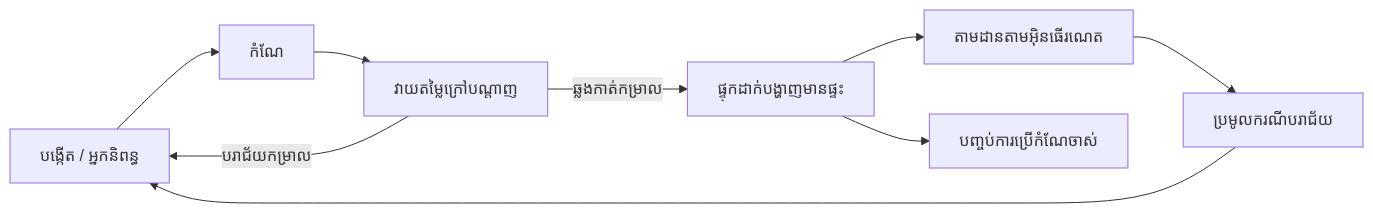
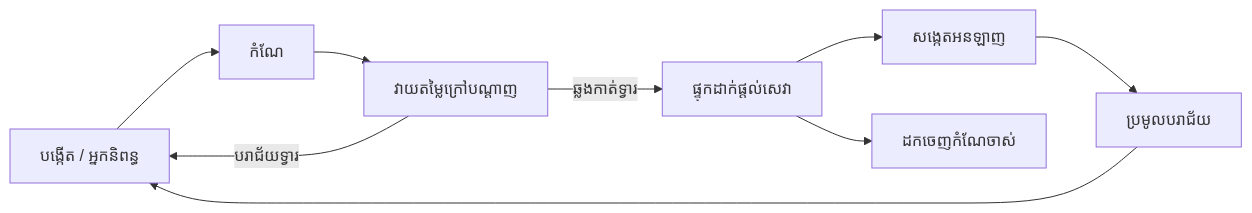
One commit to microsoft/ai-agents-for-beginners changed the second of 4 diagrams in translations/km/16-deploying-scalable-agents/README.md. Above: the diagram before and after it, drawn with Mermaid. The commit also changed other lines of this file and 14 other files, not shown here.

````diff
--- a/translations/km/16-deploying-scalable-agents/README.md
+++ b/translations/km/16-deploying-scalable-agents/README.md
@@ -108,11 +108,11 @@
 ```mermaid
 flowchart LR
     Create[បង្កើត / អ្នកនិពន្ធ] --> Version[កំណែ]
-    Version --> Evaluate[វាយតម្លៃក្រៅបណ្តាញ]
-    Evaluate -->|ឆ្លងកាត់កម្រាល| Deploy[ផ្ទុកដាក់បង្ហាញមានផ្ទះ]
-    Evaluate -->|បរាជ័យកម្រាល| Create
-    Deploy --> Observe[តាមដានតាមអ៊ិនធើរណេត]
-    Observe --> Improve[ប្រមូលករណីបរាជ័យ]
+    Version --> Evaluate[វាយតម្លៃក្រៅបណ្ដាញ]
+    Evaluate -->|ឆ្លងកាត់ទ្វារ| Deploy[ផ្ទុកដាក់ផ្តល់សេវា]
+    Evaluate -->|បរាជ័យទ្វារ| Create
+    Deploy --> Observe[សង្កេតអនឡាញ]
+    Observe --> Improve[ប្រមូលបរាជ័យ]
     Improve --> Create
-    Deploy --> Retire[បញ្ចប់ការប្រើកំណែចាស់]
+    Deploy --> Retire[ដកចេញកំណែចាស់]
 ```
````
